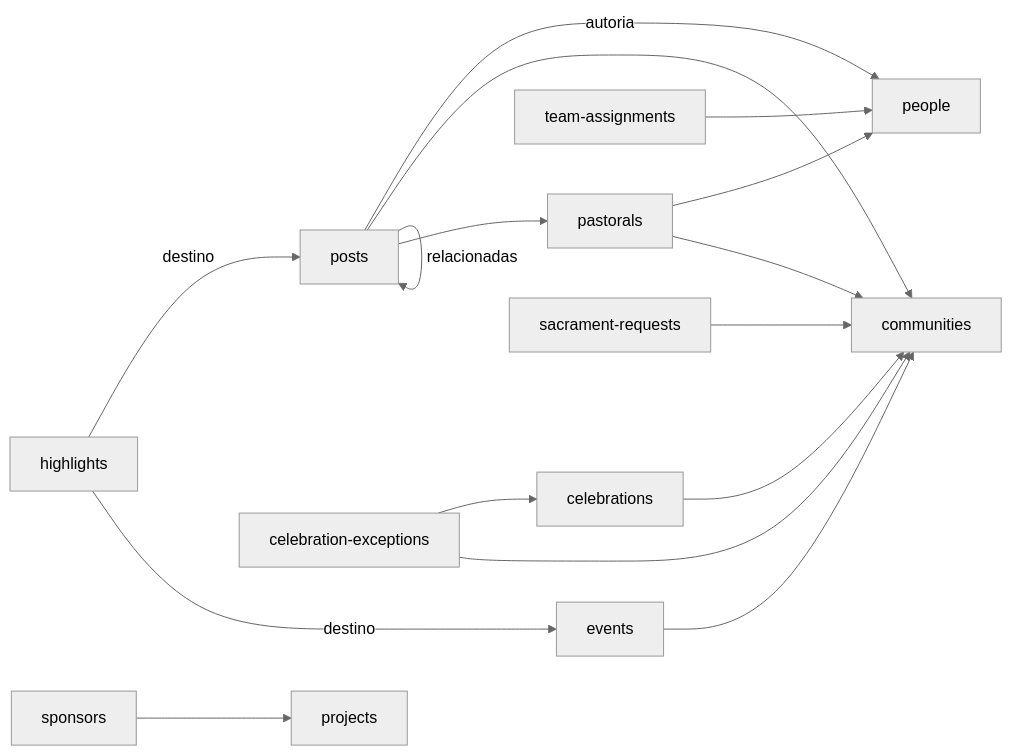
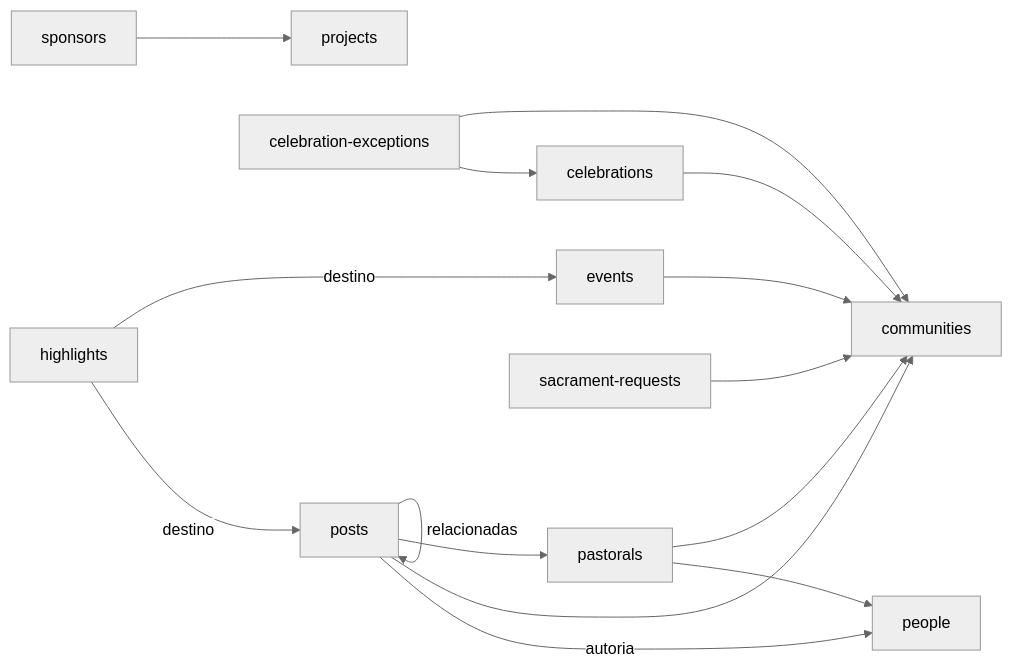
One commit to johnpaulo0602/paroquia-nossa-senhora-aparecida-jardim-inga changed the third of 5 diagrams in README.md. Above: the diagram before and after it, drawn with Mermaid (neutral theme). The commit also changed other lines of this file and 90 other files, not shown here.

````diff
--- a/README.md
+++ b/README.md
@@ -227,31 +220,29 @@
 ```mermaid
 flowchart LR
     posts["posts"]
     highlights["highlights"]
     events["events"]
     celebrations["celebrations"]
     exceptions["celebration-exceptions"]
     communities["communities"]
     people["people"]
-    team["team-assignments"]
     pastorals["pastorals"]
     projects["projects"]
     sponsors["sponsors"]
     requests["sacrament-requests"]
 
     posts -- "autoria" --> people
     posts --> communities
     posts --> pastorals
     posts -- "relacionadas" --> posts
     highlights -- "destino" --> posts
     highlights -- "destino" --> events
     events --> communities
     celebrations --> communities
     exceptions --> celebrations
     exceptions --> communities
     pastorals --> people
     pastorals --> communities
-    team --> people
     sponsors --> projects
     requests --> communities
 ```
````
